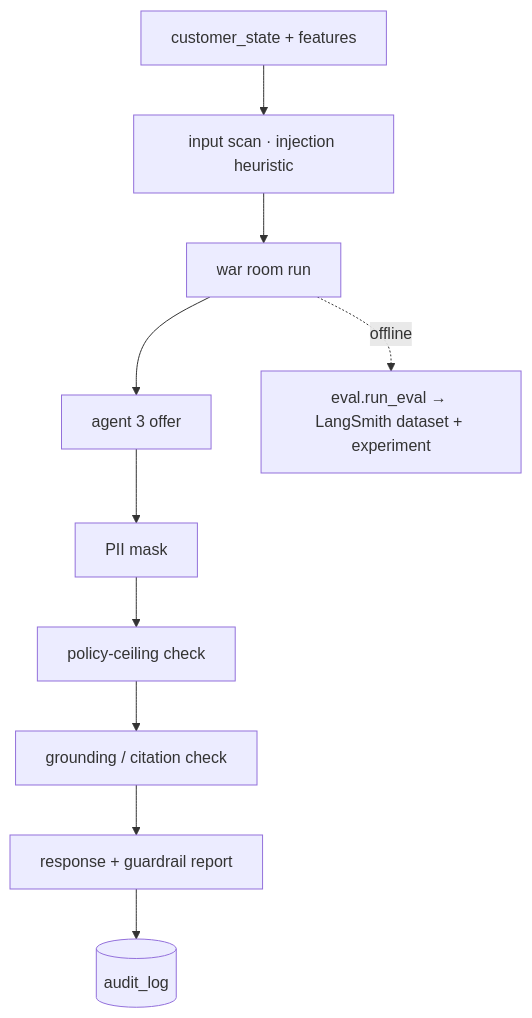
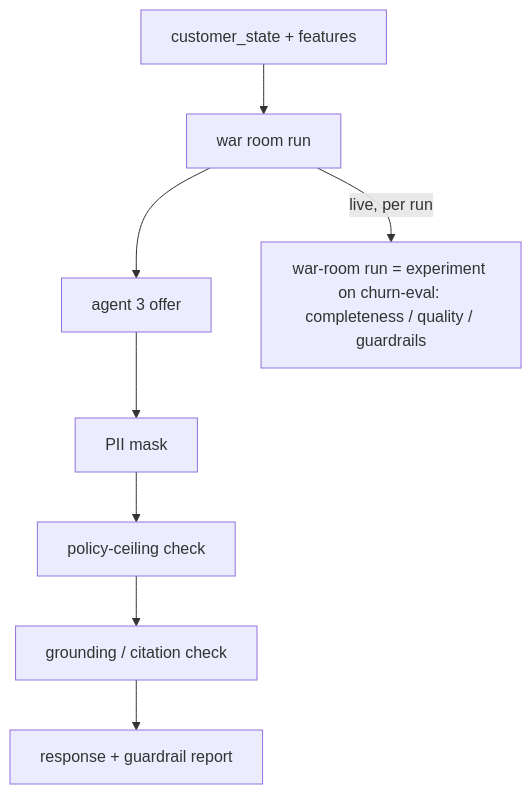
The fourth of 4 diagrams in docs/ARCHITECTURE.md (yuvaksc/churn-intelligence), drawn with Mermaid before and after one commit. The commit also changed other lines of this file and 65 other files, not shown here.

Commit message:
feat: live eval experiments, single-collection RAG, surface-oriented tests, infra cleanup

````diff
--- a/docs/ARCHITECTURE.md
+++ b/docs/ARCHITECTURE.md
@@ -119,12 +108,10 @@
 ```mermaid
 flowchart TD
-    IN[customer_state + features] --> SCAN[input scan · injection heuristic]
-    SCAN --> RUN[war room run]
+    IN[customer_state + features] --> RUN[war room run]
     RUN --> OFFER[agent 3 offer]
     OFFER --> PII[PII mask]
     PII --> POL[policy-ceiling check]
     POL --> GRD[grounding / citation check]
     GRD --> RESP[response + guardrail report]
-    RESP --> AUD[(audit_log)]
-    RUN -. offline .-> EVAL[eval.run_eval → LangSmith dataset + experiment]
+    RUN -->|live, per run| EVAL[war-room run = experiment on churn-eval: completeness / quality / guardrails]
 ```
````
